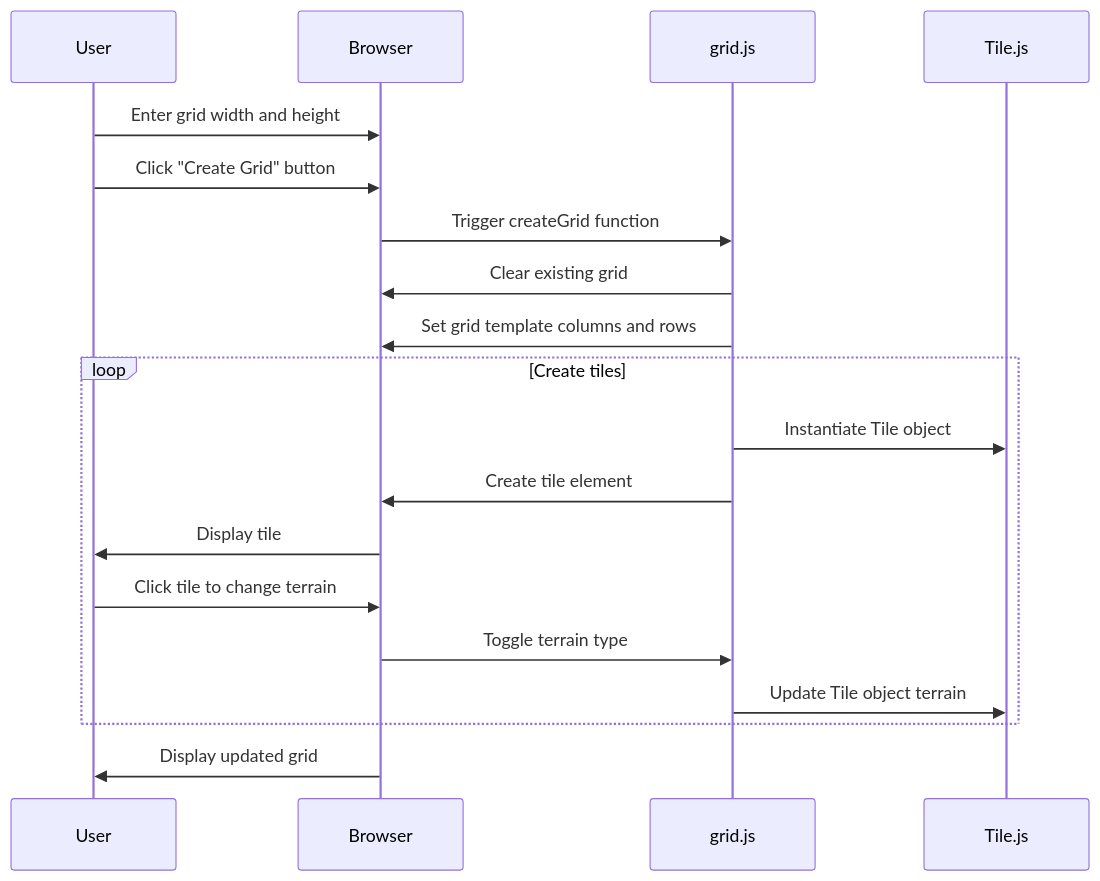
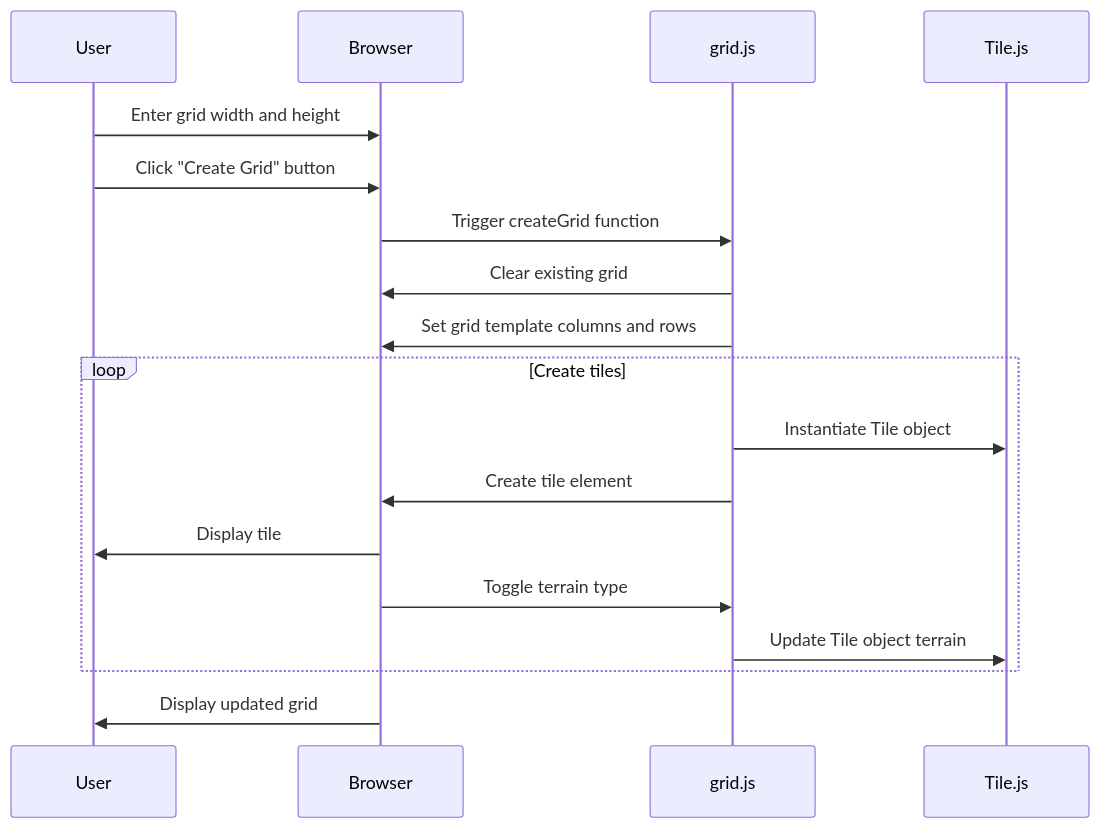
Before and after one commit to TedDPig123/TacTile: the diagram in team/m3/shanzay-khan/feature-sequence-diagram.md, drawn with Mermaid. The commit also changed other lines of this file and 2 other files, not shown here.

Commit message:
Finishing up: Updating roles, reports, finalized sequence diagram

````diff
--- a/team/m3/shanzay-khan/feature-sequence-diagram.md
+++ b/team/m3/shanzay-khan/feature-sequence-diagram.md
@@ -9,22 +9,21 @@
 ```mermaid
 sequenceDiagram
     participant User
     participant Browser
     participant GridJS as grid.js
     participant TileJS as Tile.js
 
     User->>Browser: Enter grid width and height
     User->>Browser: Click "Create Grid" button
     Browser->>GridJS: Trigger createGrid function
     GridJS->>Browser: Clear existing grid
     GridJS->>Browser: Set grid template columns and rows
     loop Create tiles
         GridJS->>TileJS: Instantiate Tile object
         GridJS->>Browser: Create tile element
         Browser->>User: Display tile
-        User->>Browser: Click tile to change terrain
         Browser->>GridJS: Toggle terrain type
         GridJS->>TileJS: Update Tile object terrain
     end
     Browser->>User: Display updated grid
 ```
````
